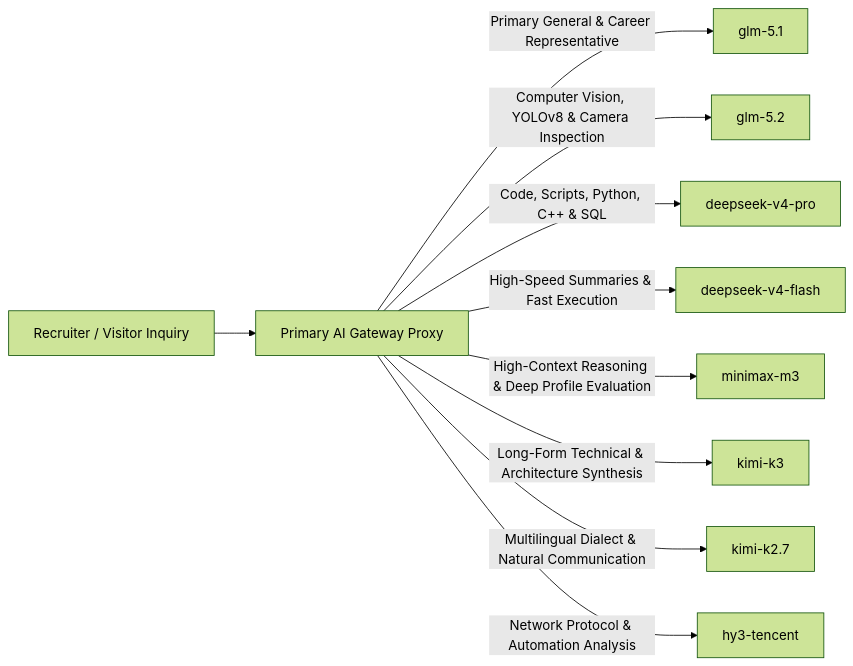
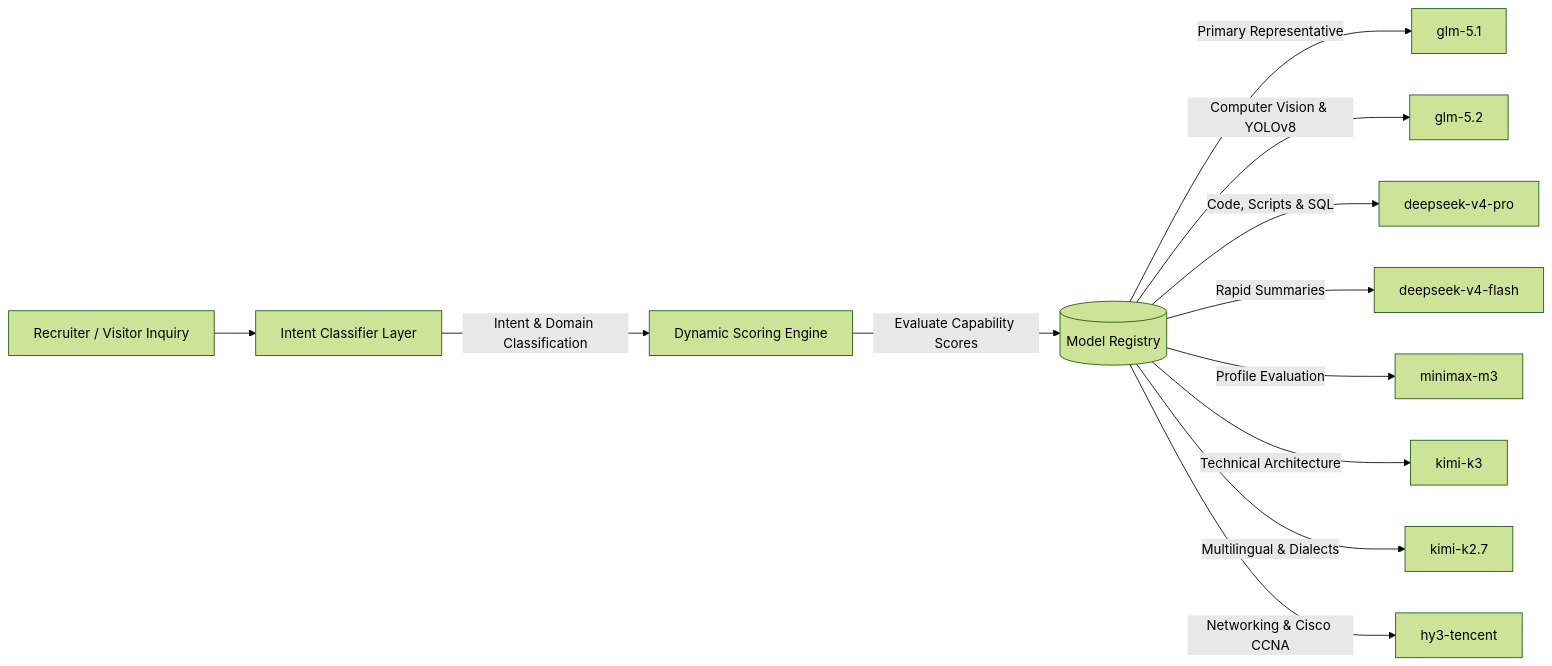
One commit to l3al3y/Portfolio changed the second of 2 diagrams in README.md. Above: the diagram before and after it, drawn with Mermaid (forest theme). The commit also changed other lines of this file, not shown here.

Commit message:
docs(readme): comprehensive update of frontend README.md with Phase 2 Adaptive Model Selection Engine

````diff
--- a/README.md
+++ b/README.md
@@ -72,12 +72,15 @@
 ```mermaid
 graph LR
-    UserQuery[Recruiter / Visitor Inquiry] --> Router[Primary AI Gateway Proxy]
-    Router -->|Primary General & Career Representative| GLM51[glm-5.1]
-    Router -->|Computer Vision, YOLOv8 & Camera Inspection| GLM52[glm-5.2]
-    Router -->|Code, Scripts, Python, C++ & SQL| DS4Pro[deepseek-v4-pro]
-    Router -->|High-Speed Summaries & Fast Execution| DS4Flash[deepseek-v4-flash]
-    Router -->|High-Context Reasoning & Deep Profile Evaluation| MiniMax[minimax-m3]
-    Router -->|Long-Form Technical & Architecture Synthesis| KimiK3[kimi-k3]
-    Router -->|Multilingual Dialect & Natural Communication| KimiK27[kimi-k2.7]
-    Router -->|Network Protocol & Automation Analysis| HY3[hy3-tencent]
+    UserQuery[Recruiter / Visitor Inquiry] --> Classifier[Intent Classifier Layer]
+    Classifier -->|Intent & Domain Classification| Scorer[Dynamic Scoring Engine]
+    Scorer -->|Evaluate Capability Scores| Registry[(Model Registry)]
+    
+    Registry -->|Primary Representative| GLM51[glm-5.1]
+    Registry -->|Computer Vision & YOLOv8| GLM52[glm-5.2]
+    Registry -->|Code, Scripts & SQL| DS4Pro[deepseek-v4-pro]
+    Registry -->|Rapid Summaries| DS4Flash[deepseek-v4-flash]
+    Registry -->|Profile Evaluation| MiniMax[minimax-m3]
+    Registry -->|Technical Architecture| KimiK3[kimi-k3]
+    Registry -->|Multilingual & Dialects| KimiK27[kimi-k2.7]
+    Registry -->|Networking & Cisco CCNA| HY3[hy3-tencent]
 ```
````
